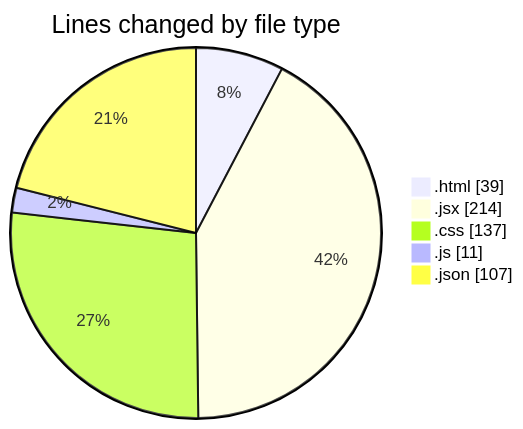
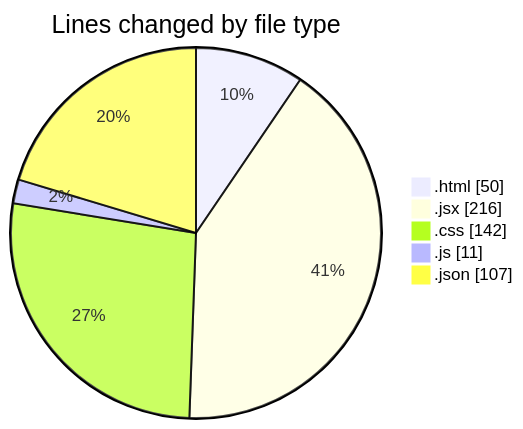
The first of 2 diagrams in 2025-02-12/elitegpt/README.md (Elitesun/code-tracking), drawn with Mermaid before and after one commit. The commit also changed other lines of this file and 1 other file, not shown here.

````diff
--- a/2025-02-12/elitegpt/README.md
+++ b/2025-02-12/elitegpt/README.md
@@ -30,9 +30,9 @@
 ```mermaid
 pie showData
 title Lines changed by file type
-".html" : 39
-".jsx" : 214
-".css" : 137
+".html" : 50
+".jsx" : 216
+".css" : 142
 ".js" : 11
 ".json" : 107
 ```
````
